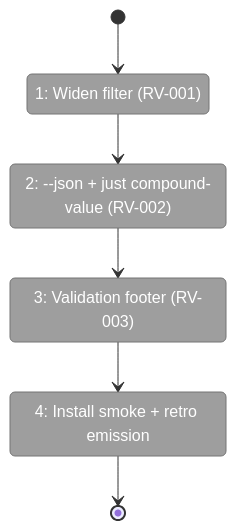
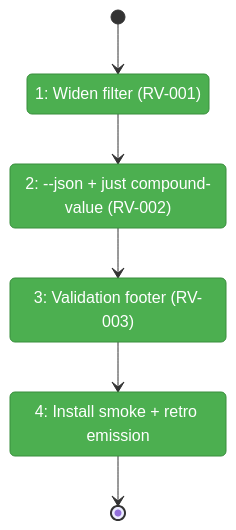
One commit to jakkaj/tools changed the diagram in docs/plans/023-difficulty-ledger-skill/fixes/FX001-group-a-quick-wins.fltplan.md. Above: the diagram before and after it, drawn with Mermaid. The commit also changed other lines of this file and 8 other files, not shown here.

````diff
--- a/docs/plans/023-difficulty-ledger-skill/fixes/FX001-group-a-quick-wins.fltplan.md
+++ b/docs/plans/023-difficulty-ledger-skill/fixes/FX001-group-a-quick-wins.fltplan.md
@@ -33,20 +33,20 @@
 ```mermaid
 stateDiagram-v2
     classDef pending fill:#9E9E9E,stroke:#757575,color:#fff
     classDef active fill:#FFC107,stroke:#FFA000,color:#000
     classDef done fill:#4CAF50,stroke:#388E3C,color:#fff
     classDef blocked fill:#F44336,stroke:#D32F2F,color:#fff
 
     state "1: Widen filter (RV-001)" as S1
     state "2: --json + just compound-value (RV-002)" as S2
     state "3: Validation footer (RV-003)" as S3
     state "4: Install smoke + retro emission" as S4
 
     [*] --> S1
     S1 --> S2
     S2 --> S3
     S3 --> S4
     S4 --> [*]
 
-    class S1,S2,S3,S4 pending
+    class S1,S2,S3,S4 done
 ```
````
